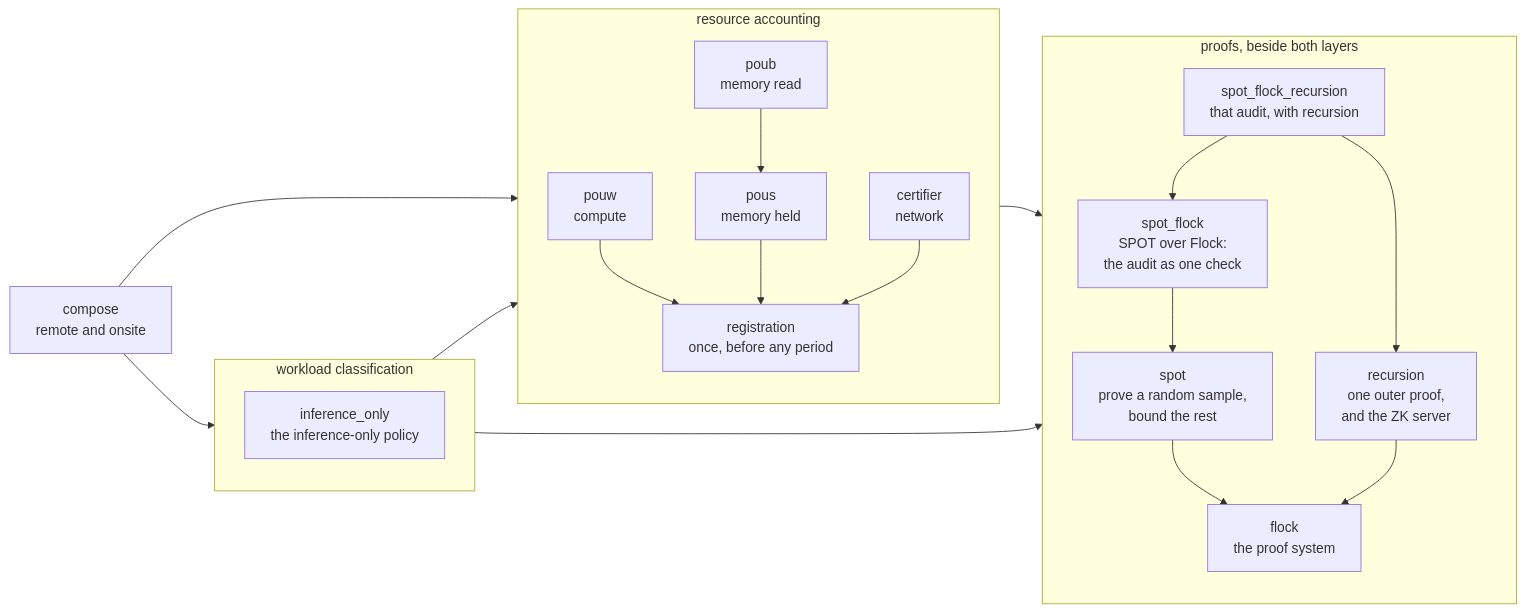
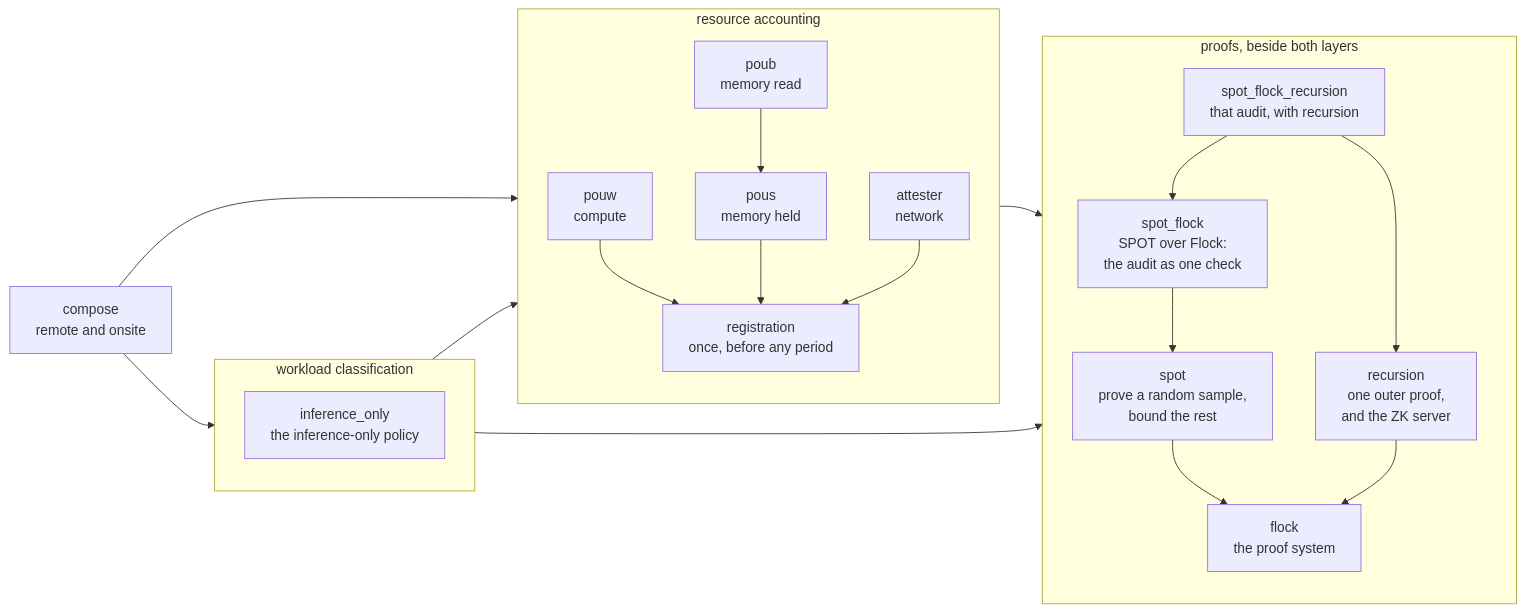
One commit to compute-verification/verity changed the fourth of 5 diagrams in ARCHITECTURE.md. Above: the diagram before and after it, drawn with Mermaid. The commit also changed other lines of this file and 205 other files, not shown here.

First line of the commit message:
restack: rerun tools/move/rename.py --map tools/move/network_attester_map.toml from b07bbd782256 on cursor/top-readmecarry2-4c1e-10514

````diff
--- a/ARCHITECTURE.md
+++ b/ARCHITECTURE.md
@@ -160,35 +160,35 @@
 ```mermaid
 flowchart LR
     compose["compose<br/>remote and onsite"]
     subgraph accounting["resource accounting"]
         registration["registration<br/>once, before any period"]
         pouw["pouw<br/>compute"]
         pous["pous<br/>memory held"]
         poub["poub<br/>memory read"]
-        certifier["certifier<br/>network"]
+        attester["attester<br/>network"]
     end
     subgraph policy["workload classification"]
         io["inference_only<br/>the inference-only policy"]
     end
     subgraph proofs["proofs, beside both layers"]
         spot["spot<br/>prove a random sample,<br/>bound the rest"]
         recursion["recursion<br/>one outer proof,<br/>and the ZK server"]
         spot_flock["spot_flock<br/>SPOT over Flock:<br/>the audit as one check"]
         spot_flock_recursion["spot_flock_recursion<br/>that audit, with recursion"]
         flock["flock<br/>the proof system"]
     end
     compose --> accounting
     compose --> policy
     policy --> accounting
     accounting --> proofs
     policy --> proofs
     poub --> pous
     pouw --> registration
     pous --> registration
-    certifier --> registration
+    attester --> registration
     spot --> flock
     recursion --> flock
     spot_flock --> spot
     spot_flock_recursion --> spot_flock
     spot_flock_recursion --> recursion
 ```
````
